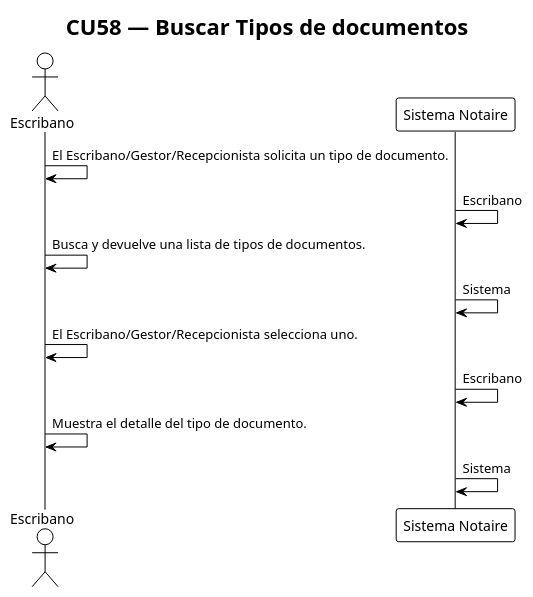
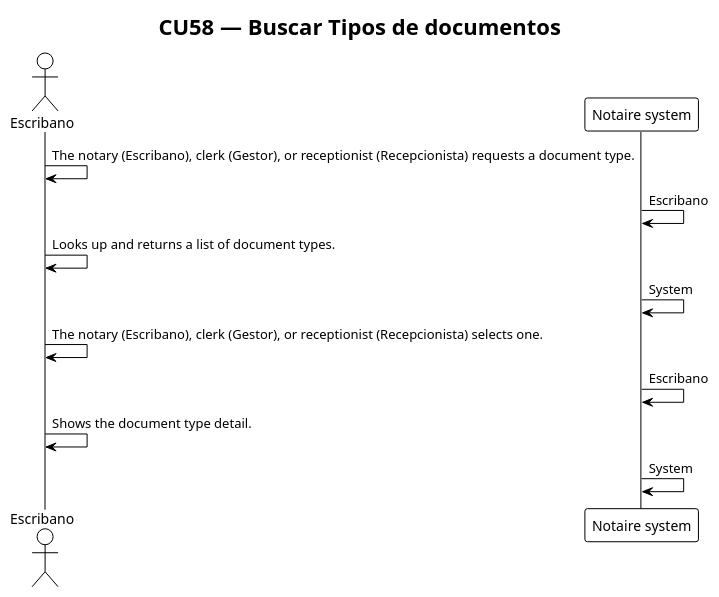
Before and after one commit to matiaspakua/notaire: the diagram in docs/200-architecture/204-diagrams/Secuencias/seq58-buscar-tipos-de-documentos.puml, drawn with PlantUML. The commit also changed 165 other files, not shown here.

First line of the commit message:
[#1490] docs(architecture): write CU sequence steps in English (#1505)

```diff
--- a/docs/200-architecture/204-diagrams/Secuencias/seq58-buscar-tipos-de-documentos.puml
+++ b/docs/200-architecture/204-diagrams/Secuencias/seq58-buscar-tipos-de-documentos.puml
@@ -1,17 +1,17 @@
 @startuml cu58
 !theme plain
 title CU58 — Buscar Tipos de documentos
 
 actor "Escribano" as Actor
-participant "Sistema Notaire" as Sistema
+participant "Notaire system" as System
 
-Actor -> Actor : El Escribano/Gestor/Recepcionista solicita un tipo de documento.
-Sistema -> Sistema : Escribano
-Actor -> Actor : Busca y devuelve una lista de tipos de documentos.
-Sistema -> Sistema : Sistema
-Actor -> Actor : El Escribano/Gestor/Recepcionista selecciona uno.
-Sistema -> Sistema : Escribano
-Actor -> Actor : Muestra el detalle del tipo de documento.
-Sistema -> Sistema : Sistema
+Actor -> Actor : The notary (Escribano), clerk (Gestor), or receptionist (Recepcionista) requests a document type.
+System -> System : Escribano
+Actor -> Actor : Looks up and returns a list of document types.
+System -> System : System
+Actor -> Actor : The notary (Escribano), clerk (Gestor), or receptionist (Recepcionista) selects one.
+System -> System : Escribano
+Actor -> Actor : Shows the document type detail.
+System -> System : System
 
 @enduml
```
